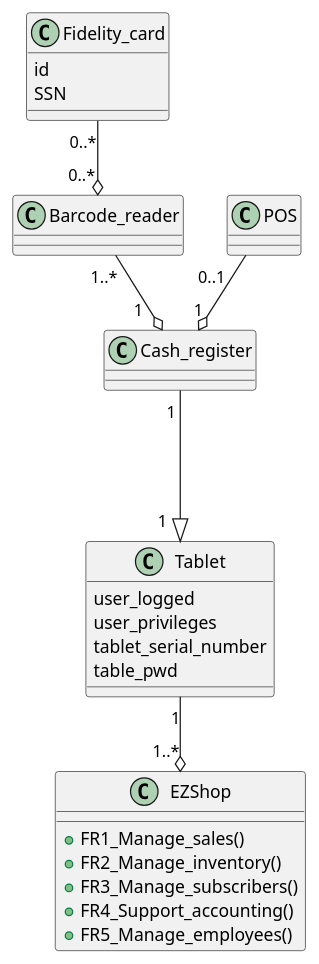
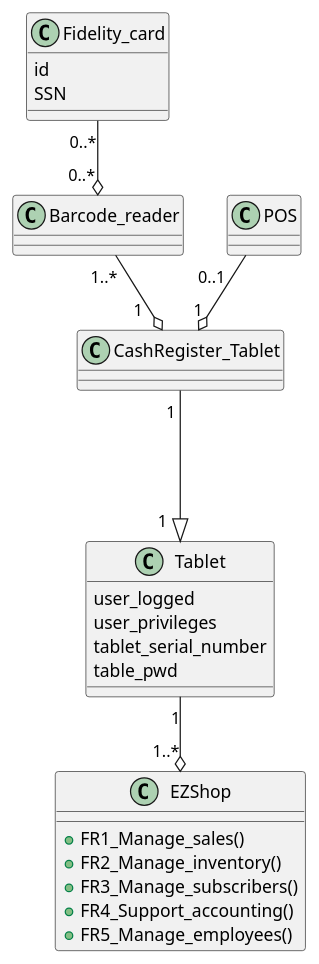
Before and after one commit to mkexc/ezshop: the fourth of 5 diagrams in Deliverables/RequirementsDocument.md, drawn with PlantUML. The commit also changed other lines of this file and 15 other files, not shown here.

Commit message:
Docs: Updated contents, added stakeholders, updated glossary, updated context diagram, updated interfaces, statically inserted images in GUIPrototype, grammar check.

````diff
--- a/Deliverables/RequirementsDocument.md
+++ b/Deliverables/RequirementsDocument.md
@@ -556,39 +580,39 @@
 ```plantuml
 
 @startuml
 top to bottom direction
 class EZShop{
     + FR1_Manage_sales()
     + FR2_Manage_inventory()
     + FR3_Manage_subscribers()
     + FR4_Support_accounting()
     + FR5_Manage_employees()
 }
 
 class Tablet {
     user_logged
     user_privileges
     tablet_serial_number
     table_pwd
 }
 
-class Cash_register{}
+class CashRegister_Tablet{}
 
-Cash_register "1 " ---|> "1   " Tablet
+CashRegister_Tablet "1 " ---|> "1   " Tablet
 
 class Barcode_reader {}
 
 class POS {}
 
 class Fidelity_card {
     id
     SSN
 }
 
 Tablet "1"--o "1..*" EZShop
-Barcode_reader "1..*"--o "1   " Cash_register
-POS "0..1   "--o "1" Cash_register
+Barcode_reader "1..*"--o "1   " CashRegister_Tablet
+POS "0..1   "--o "1" CashRegister_Tablet
 Fidelity_card "0..*" --o "0..*" Barcode_reader
 
 @enduml
 ```
````
